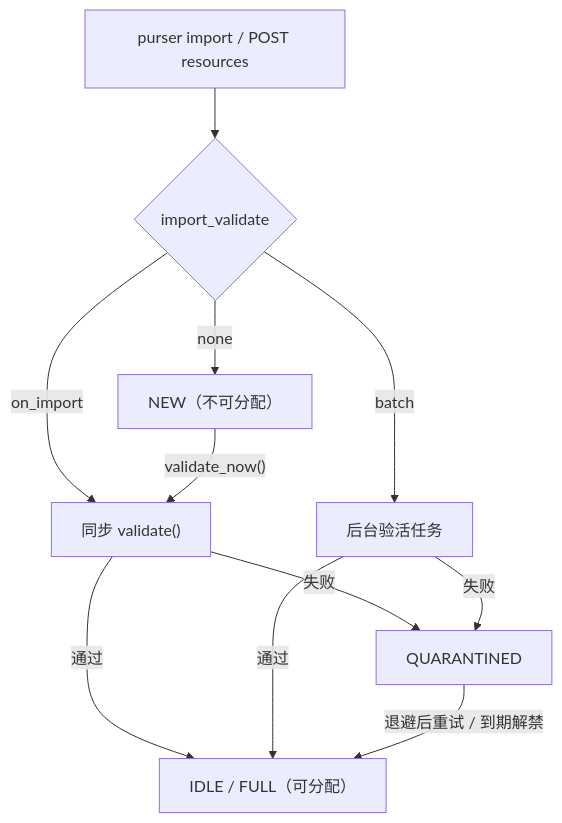
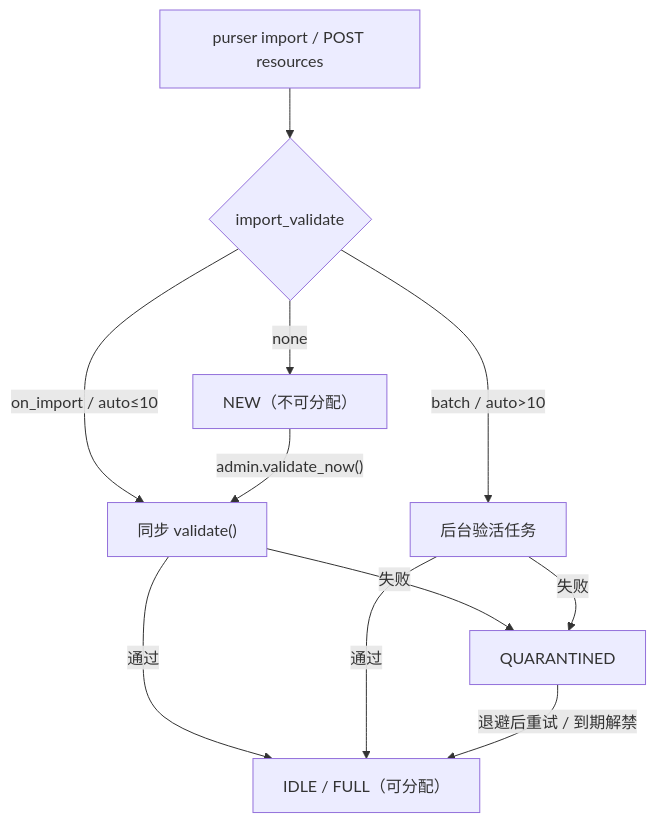
The diagram in docs/guides/import-and-validate.md (kusen-alpha/purser), drawn with Mermaid before and after one commit. The commit also changed other lines of this file and 79 other files, not shown here.

First line of the commit message:
feat!: auto-start leases, import_validate=auto, pool.admin namespace

````diff
--- a/docs/guides/import-and-validate.md
+++ b/docs/guides/import-and-validate.md
@@ -15,13 +16,13 @@
 ```mermaid
 flowchart TD
     A["purser import / POST resources"] --> B{"import_validate"}
     B -->|none| C["NEW（不可分配）"]
-    B -->|on_import| D["同步 validate()"]
-    B -->|batch| E["后台验活任务"]
-    C -->|"validate_now()"| D
+    B -->|on_import / auto≤10| D["同步 validate()"]
+    B -->|batch / auto>10| E["后台验活任务"]
+    C -->|"admin.validate_now()"| D
     D -->|通过| F["IDLE / FULL（可分配）"]
     D -->|失败| G["QUARANTINED"]
     E -->|通过| F
     E -->|失败| G
     G -->|"退避后重试 / 到期解禁"| F
 ```
````
